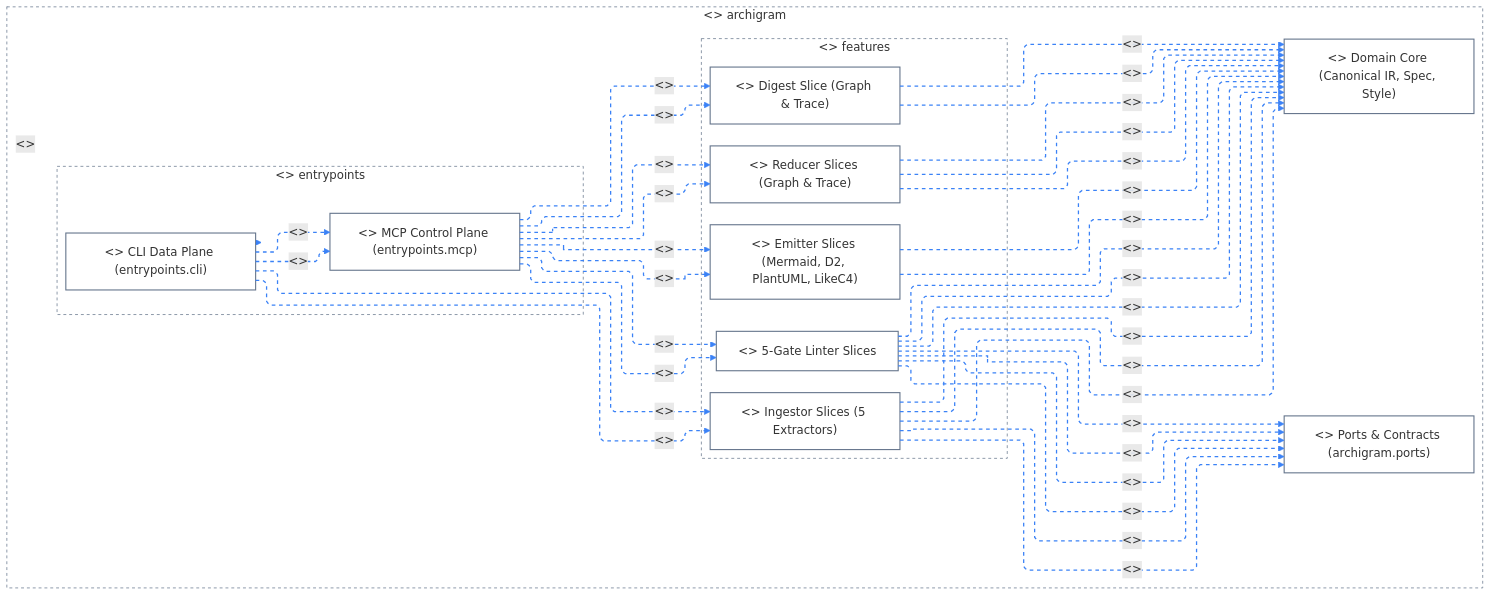
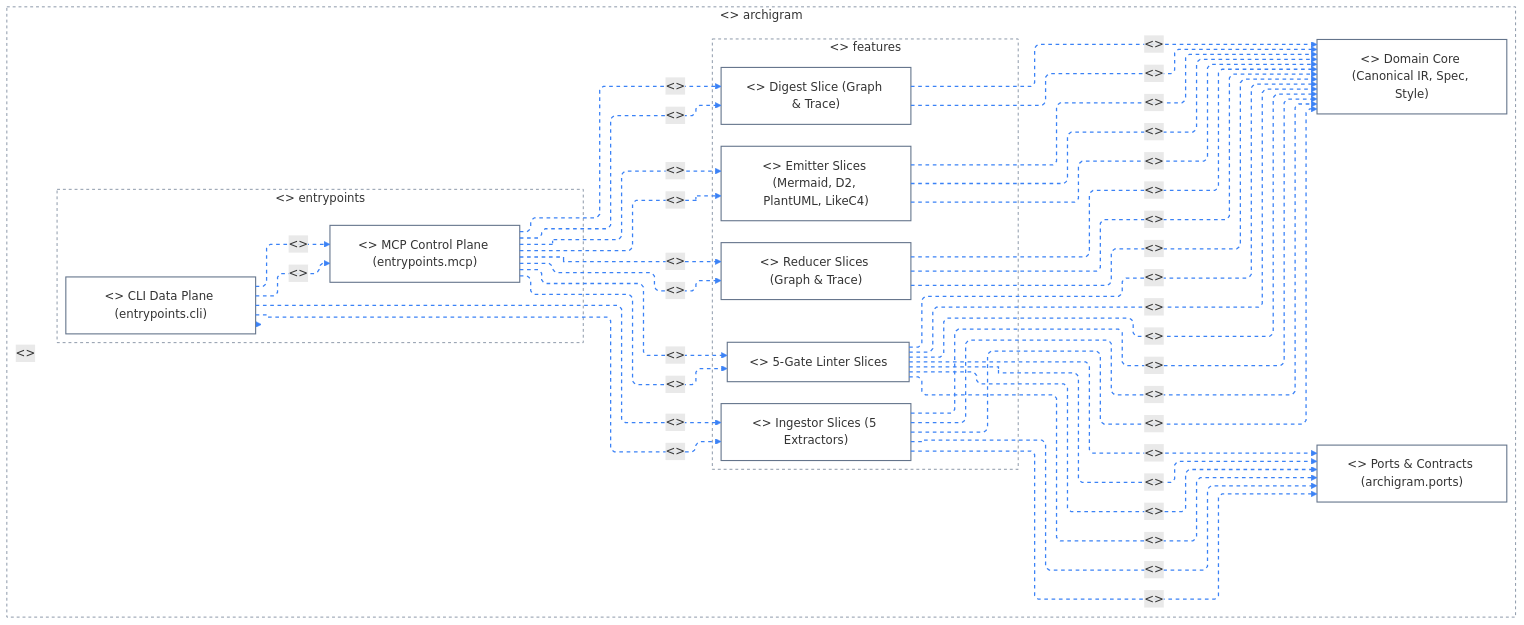
The fourth of 8 diagrams in docs/architecture/uml-and-curation-showcase.md (klcd/archigram), drawn with Mermaid before and after one commit. The commit also changed other lines of this file and 39 other files, not shown here.

Commit message:
fix(emit_plantuml): reuse domain orderer and causal fork guard

````diff
--- a/docs/architecture/uml-and-curation-showcase.md
+++ b/docs/architecture/uml-and-curation-showcase.md
@@ -395,65 +396,66 @@
 ```mermaid
 ---
 config:
   layout: elk
   elk:
     mergeEdges: false
     nodePlacementStrategy: BRANDES_KOEPF
   flowchart:
     defaultRenderer: elk
     curve: linear
 ---
 flowchart LR
   classDef default fill:transparent,stroke:#64748b,stroke-width:1.5px
   subgraph n0["<<executionEnv>> archigram"]
     subgraph n1["<<executionEnv>> entrypoints"]
       n3["<<artifact>> CLI Data Plane (entrypoints.cli)"]
       n10["<<artifact>> MCP Control Plane (entrypoints.mcp)"]
     end
     subgraph n2["<<executionEnv>> features"]
       n5["<<artifact>> Digest Slice (Graph & Trace)"]
       n6["<<artifact>> Emitter Slices (Mermaid, D2, PlantUML, LikeC4)"]
       n7["<<artifact>> Ingestor Slices (5 Extractors)"]
       n8["<<artifact>> 5-Gate Linter Slices"]
       n9["<<artifact>> Reducer Slices (Graph & Trace)"]
     end
     n4["<<artifact>> Domain Core (Canonical IR, Spec, Style)"]
     n11["<<artifact>> Ports & Contracts (archigram.ports)"]
   end
   style n0 fill:transparent,stroke:#64748b,stroke-width:1px,stroke-dasharray:4 4
   style n1 fill:transparent,stroke:#64748b,stroke-width:1px,stroke-dasharray:4 4
   style n2 fill:transparent,stroke:#64748b,stroke-width:1px,stroke-dasharray:4 4
   n3 -.->|"<<deploy>>"| n0
   n10 -.->|"<<deploy>>"| n5
   n10 -.->|"<<deploy>>"| n5
   n8 -.->|"<<deploy>>"| n4
   n7 -.->|"<<deploy>>"| n4
+  n6 -.->|"<<deploy>>"| n4
   n5 -.->|"<<deploy>>"| n4
   n9 -.->|"<<deploy>>"| n4
   n7 -.->|"<<deploy>>"| n4
   n5 -.->|"<<deploy>>"| n4
   n6 -.->|"<<deploy>>"| n4
   n9 -.->|"<<deploy>>"| n4
   n6 -.->|"<<deploy>>"| n4
   n8 -.->|"<<deploy>>"| n4
   n9 -.->|"<<deploy>>"| n4
   n7 -.->|"<<deploy>>"| n4
   n8 -.->|"<<deploy>>"| n4
   n10 -.->|"<<deploy>>"| n6
   n10 -.->|"<<deploy>>"| n6
   n3 -.->|"<<deploy>>"| n7
   n3 -.->|"<<deploy>>"| n7
   n10 -.->|"<<deploy>>"| n8
   n10 -.->|"<<deploy>>"| n8
   n3 -.->|"<<deploy>>"| n10
   n3 -.->|"<<deploy>>"| n10
   n8 -.->|"<<deploy>>"| n11
   n8 -.->|"<<deploy>>"| n11
   n7 -.->|"<<deploy>>"| n11
   n8 -.->|"<<deploy>>"| n11
   n7 -.->|"<<deploy>>"| n11
   n8 -.->|"<<deploy>>"| n11
   n10 -.->|"<<deploy>>"| n9
   n10 -.->|"<<deploy>>"| n9
-  linkStyle 0,1,2,3,4,5,6,7,8,9,10,11,12,13,14,15,16,17,18,19,20,21,22,23,24,25,26,27,28,29,30,31 stroke:#3b82f6,stroke-width:1.75px,stroke-dasharray:5 5
+  linkStyle 0,1,2,3,4,5,6,7,8,9,10,11,12,13,14,15,16,17,18,19,20,21,22,23,24,25,26,27,28,29,30,31,32 stroke:#3b82f6,stroke-width:1.75px,stroke-dasharray:5 5
 ```
````
